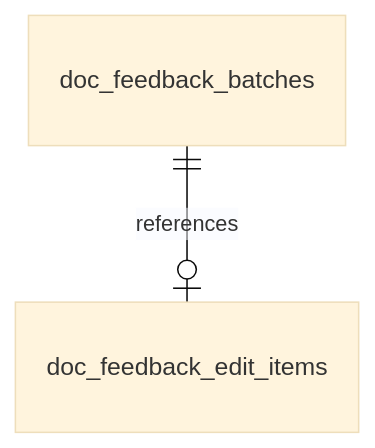
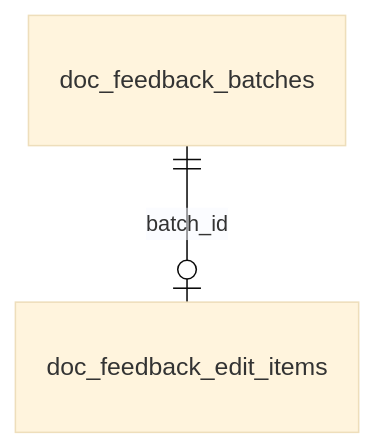
Before and after one commit to cebertowicz/corsia: the third of 4 diagrams in docs/reference/data-model/documents-and-artifacts.md, drawn with Mermaid (base theme). The commit also changed other lines of this file and 10 other files, not shown here.

````diff
--- a/docs/reference/data-model/documents-and-artifacts.md
+++ b/docs/reference/data-model/documents-and-artifacts.md
@@ -25,4 +25,4 @@
 ```mermaid
 erDiagram
-    doc_feedback_batches ||--o| doc_feedback_edit_items : references
+    doc_feedback_batches ||--o| doc_feedback_edit_items : batch_id
 ```
````
